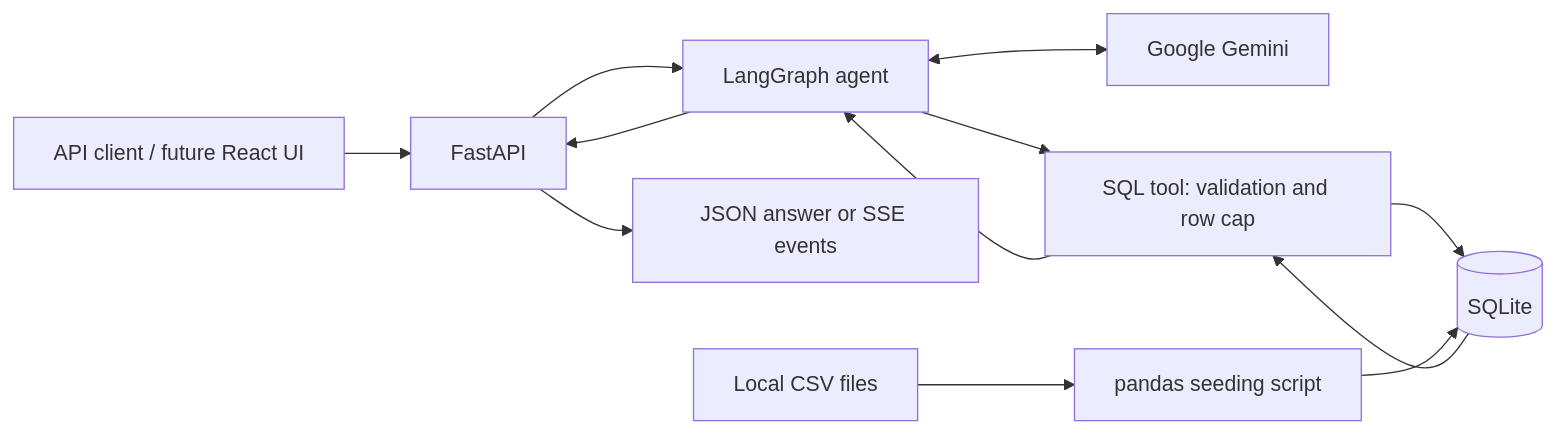
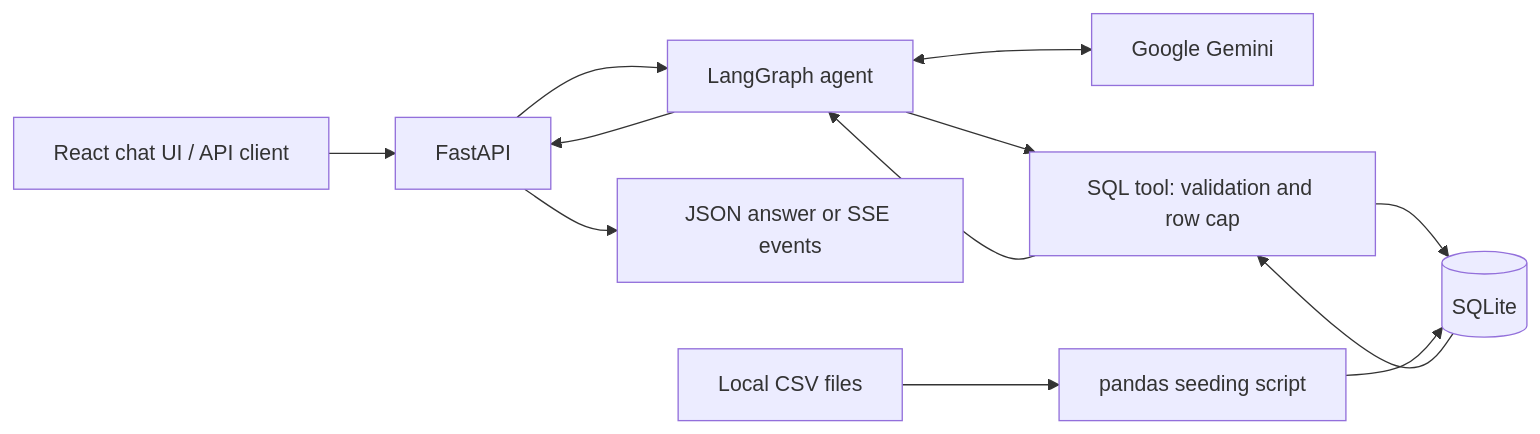
The diagram in README.md (pancham1920/tactical-time-machine), drawn with Mermaid before and after one commit. The commit also changed other lines of this file and 18 other files, not shown here.

Commit message:
feat: add React chat frontend with SSE streaming

````diff
--- a/README.md
+++ b/README.md
@@ -26,14 +29,14 @@
 ```mermaid
 flowchart LR
-    Client[API client / future React UI] --> API[FastAPI]
+    Client[React chat UI / API client] --> API[FastAPI]
     API --> Agent[LangGraph agent]
     Agent <--> Gemini[Google Gemini]
     Agent --> Tool[SQL tool: validation and row cap]
     Tool --> DB[(SQLite)]
     DB --> Tool
     Tool --> Agent
     Agent --> API
     API --> Response[JSON answer or SSE events]
     CSV[Local CSV files] --> Seed[pandas seeding script]
     Seed --> DB
 ```
````
